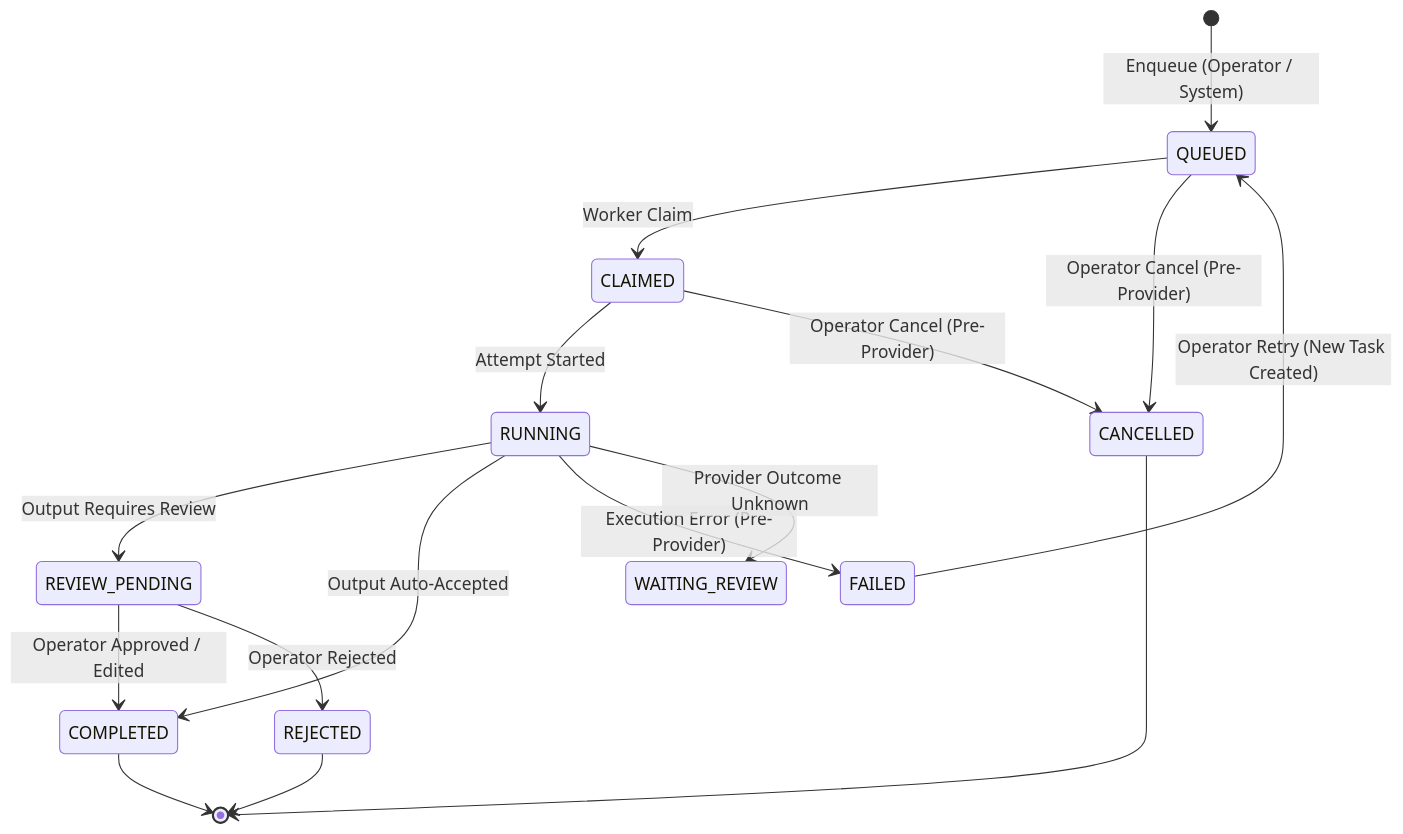
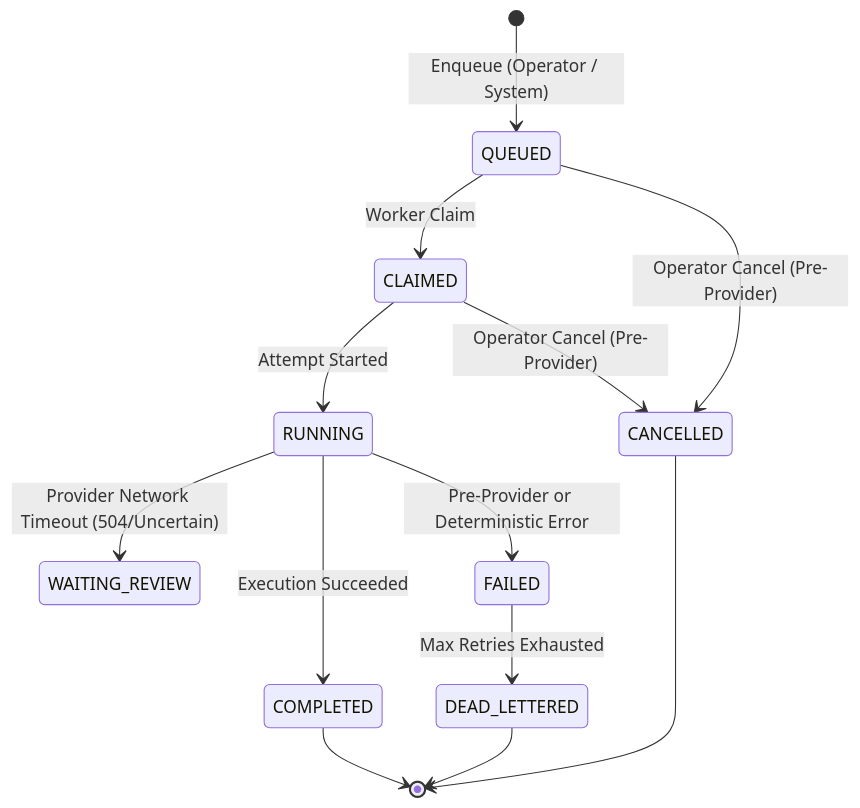
One commit to awandhani22-boop/SIREADER changed the diagram in docs/PHASE_5_2_ARCHITECTURE_PROPOSAL.md. Above: the diagram before and after it, drawn with Mermaid. The commit also changed other lines of this file, not shown here.

Commit message:
docs(phase5.2): incorporate architectural review amendments for phase 5.2

````diff
--- a/docs/PHASE_5_2_ARCHITECTURE_PROPOSAL.md
+++ b/docs/PHASE_5_2_ARCHITECTURE_PROPOSAL.md
@@ -45,18 +43,15 @@
 ```mermaid
 stateDiagram-v2
     [*] --> QUEUED : Enqueue (Operator / System)
     QUEUED --> CLAIMED : Worker Claim
     CLAIMED --> RUNNING : Attempt Started
-    RUNNING --> REVIEW_PENDING : Output Requires Review
-    RUNNING --> COMPLETED : Output Auto-Accepted
-    RUNNING --> FAILED : Execution Error (Pre-Provider)
-    RUNNING --> WAITING_REVIEW : Provider Outcome Unknown
-    REVIEW_PENDING --> COMPLETED : Operator Approved / Edited
-    REVIEW_PENDING --> REJECTED : Operator Rejected
-    FAILED --> QUEUED : Operator Retry (New Task Created)
+    RUNNING --> WAITING_REVIEW : Provider Network Timeout (504/Uncertain)
+    RUNNING --> COMPLETED : Execution Succeeded
+    RUNNING --> FAILED : Pre-Provider or Deterministic Error
+    FAILED --> DEAD_LETTERED : Max Retries Exhausted
     QUEUED --> CANCELLED : Operator Cancel (Pre-Provider)
     CLAIMED --> CANCELLED : Operator Cancel (Pre-Provider)
     COMPLETED --> [*]
     CANCELLED --> [*]
-    REJECTED --> [*]
+    DEAD_LETTERED --> [*]
 ```
````
